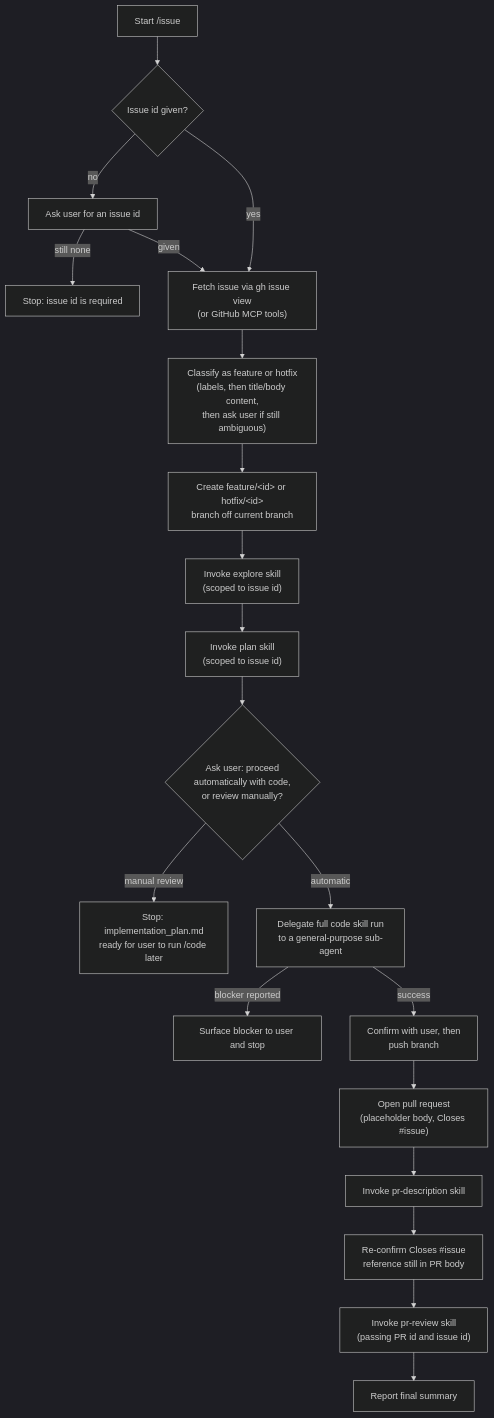
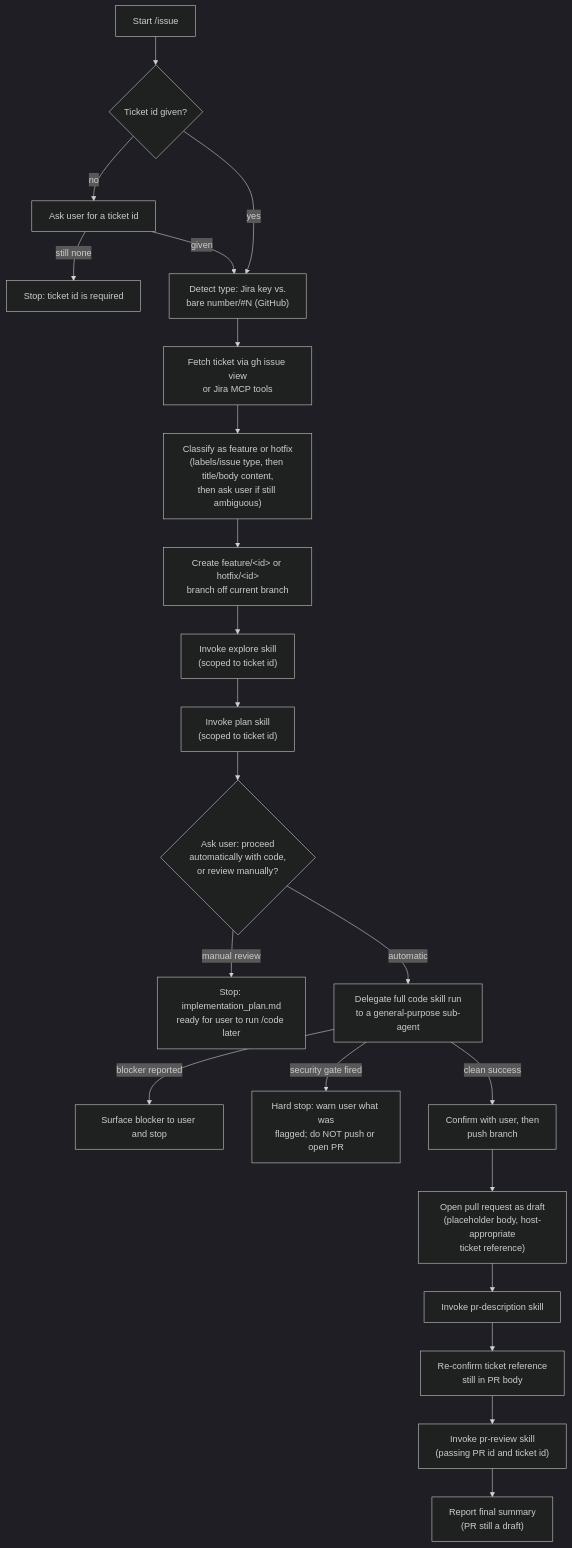
The diagram in docs/modules/ROOT/pages/skills/issue.adoc (albertoirurueta/ai-catalog), drawn with Mermaid (dark theme) before and after one commit. The commit also changed other lines of this file and 23 other files, not shown here.

```diff
--- a/docs/modules/ROOT/pages/skills/issue.adoc
+++ b/docs/modules/ROOT/pages/skills/issue.adoc
@@ -60,23 +69,25 @@
 [mermaid]
 ....
 flowchart TD
-    A[Start /issue] --> B{Issue id given?}
-    B -- no --> C["Ask user for an issue id"]
-    C -- still none --> Z["Stop: issue id is required"]
+    A[Start /issue] --> B{Ticket id given?}
+    B -- no --> C["Ask user for a ticket id"]
+    C -- still none --> Z["Stop: ticket id is required"]
     C -- given --> D
-    B -- yes --> D["Fetch issue via gh issue view\n(or GitHub MCP tools)"]
-    D --> E["Classify as feature or hotfix\n(labels, then title/body content,\nthen ask user if still ambiguous)"]
-    E --> F["Create feature/&lt;id&gt; or hotfix/&lt;id&gt;\nbranch off current branch"]
-    F --> G["Invoke explore skill\n(scoped to issue id)"]
-    G --> H["Invoke plan skill\n(scoped to issue id)"]
-    H --> I{"Ask user: proceed\nautomatically with code,\nor review manually?"}
-    I -- manual review --> J["Stop: implementation_plan.md\nready for user to run /code later"]
-    I -- automatic --> K["Delegate full code skill run\nto a general-purpose sub-agent"]
-    K -- blocker reported --> L["Surface blocker to user and stop"]
-    K -- success --> M["Confirm with user, then\npush branch"]
-    M --> N["Open pull request\n(placeholder body, Closes #issue)"]
-    N --> O["Invoke pr-description skill"]
-    O --> P["Re-confirm Closes #issue\nreference still in PR body"]
-    P --> Q["Invoke pr-review skill\n(passing PR id and issue id)"]
-    Q --> R["Report final summary"]
+    B -- yes --> D["Detect type: Jira key vs.\nbare number/#N (GitHub)"]
+    D --> E["Fetch ticket via gh issue view\nor Jira MCP tools"]
+    E --> F["Classify as feature or hotfix\n(labels/issue type, then title/body content,\nthen ask user if still ambiguous)"]
+    F --> G["Create feature/&lt;id&gt; or hotfix/&lt;id&gt;\nbranch off current branch"]
+    G --> H["Invoke explore skill\n(scoped to ticket id)"]
+    H --> I["Invoke plan skill\n(scoped to ticket id)"]
+    I --> J{"Ask user: proceed\nautomatically with code,\nor review manually?"}
+    J -- manual review --> K["Stop: implementation_plan.md\nready for user to run /code later"]
+    J -- automatic --> L["Delegate full code skill run\nto a general-purpose sub-agent"]
+    L -- blocker reported --> M["Surface blocker to user and stop"]
+    L -- security gate fired --> N["Hard stop: warn user what was\nflagged; do NOT push or open PR"]
+    L -- clean success --> O["Confirm with user, then\npush branch"]
+    O --> P["Open pull request as draft\n(placeholder body, host-appropriate\nticket reference)"]
+    P --> Q["Invoke pr-description skill"]
+    Q --> R["Re-confirm ticket reference\nstill in PR body"]
+    R --> S["Invoke pr-review skill\n(passing PR id and ticket id)"]
+    S --> T["Report final summary\n(PR still a draft)"]
 ....
```
